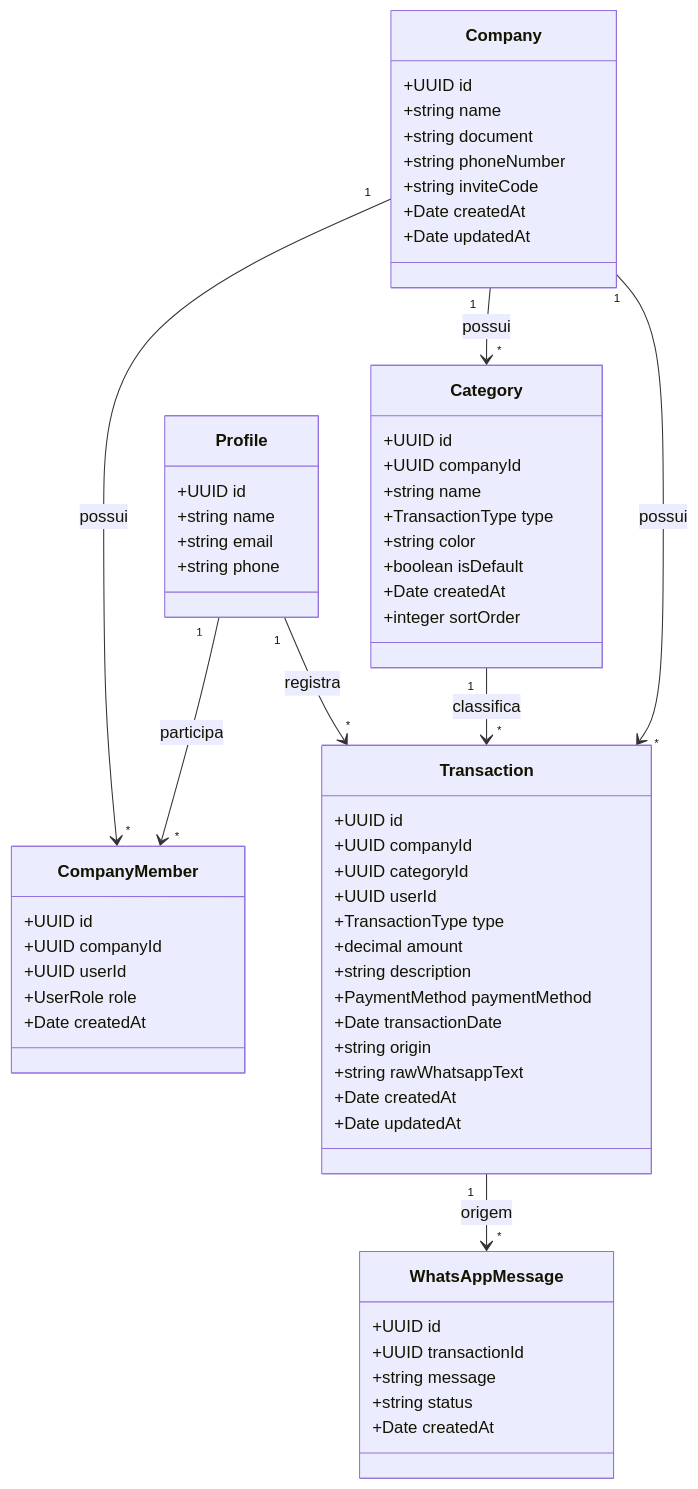
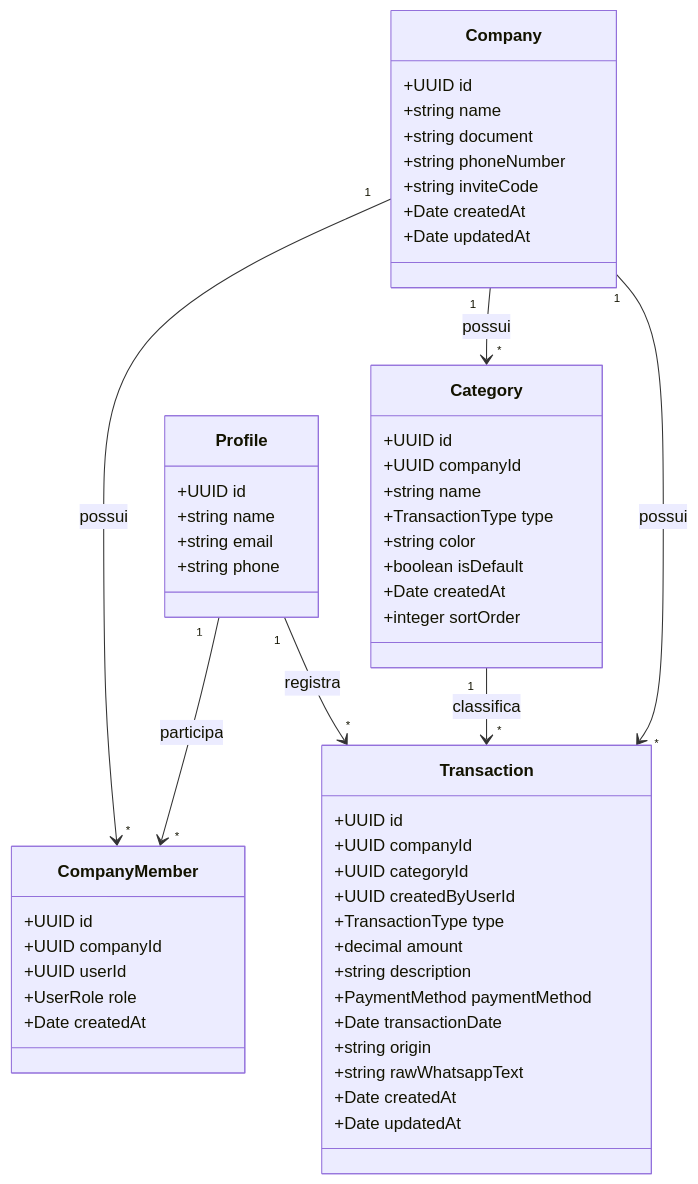
One commit to Rayck4dev/MetricsFlow_AI changed the second of 6 diagrams in README.md. Above: the diagram before and after it, drawn with Mermaid. The commit also changed other lines of this file and 1 other file, not shown here.

````diff
--- a/README.md
+++ b/README.md
@@ -714,71 +726,61 @@
 ```mermaid
 classDiagram
-
     class Profile {
         +UUID id
         +string name
         +string email
         +string phone
     }
 
     class Company {
         +UUID id
         +string name
         +string document
         +string phoneNumber
         +string inviteCode
         +Date createdAt
         +Date updatedAt
     }
 
     class CompanyMember {
         +UUID id
         +UUID companyId
         +UUID userId
         +UserRole role
         +Date createdAt
     }
 
     class Category {
         +UUID id
         +UUID companyId
         +string name
         +TransactionType type
         +string color
         +boolean isDefault
         +Date createdAt
         +integer sortOrder
     }
 
     class Transaction {
         +UUID id
         +UUID companyId
         +UUID categoryId
-        +UUID userId
+        +UUID createdByUserId
         +TransactionType type
         +decimal amount
         +string description
         +PaymentMethod paymentMethod
         +Date transactionDate
         +string origin
         +string rawWhatsappText
         +Date createdAt
         +Date updatedAt
     }
 
-    class WhatsAppMessage {
-        +UUID id
-        +UUID transactionId
-        +string message
-        +string status
-        +Date createdAt
-    }
-
     Profile "1" --> "*" CompanyMember : participa
     Company "1" --> "*" CompanyMember : possui
     Company "1" --> "*" Category : possui
     Company "1" --> "*" Transaction : possui
     Category "1" --> "*" Transaction : classifica
     Profile "1" --> "*" Transaction : registra
-    Transaction "1" --> "*" WhatsAppMessage : origem
 ```
````
